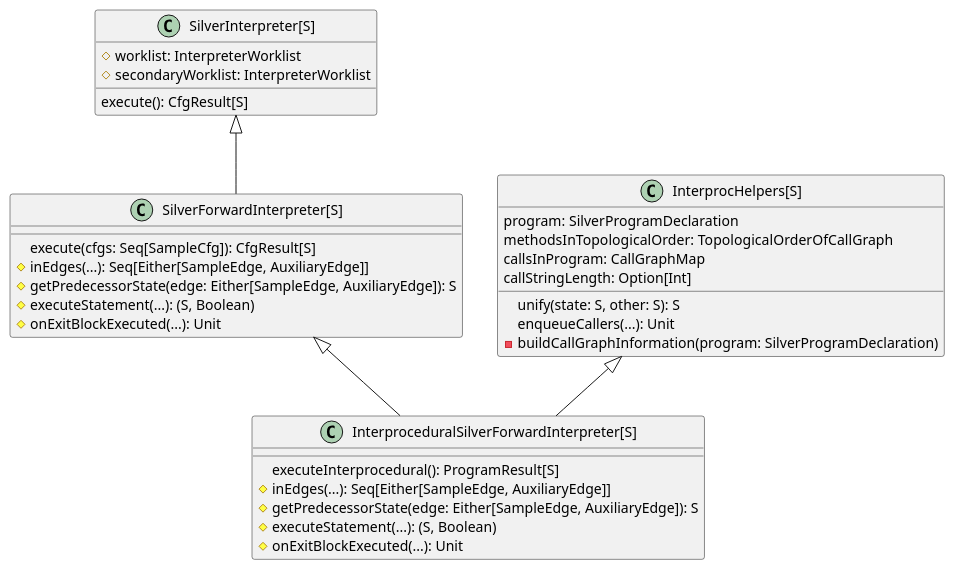
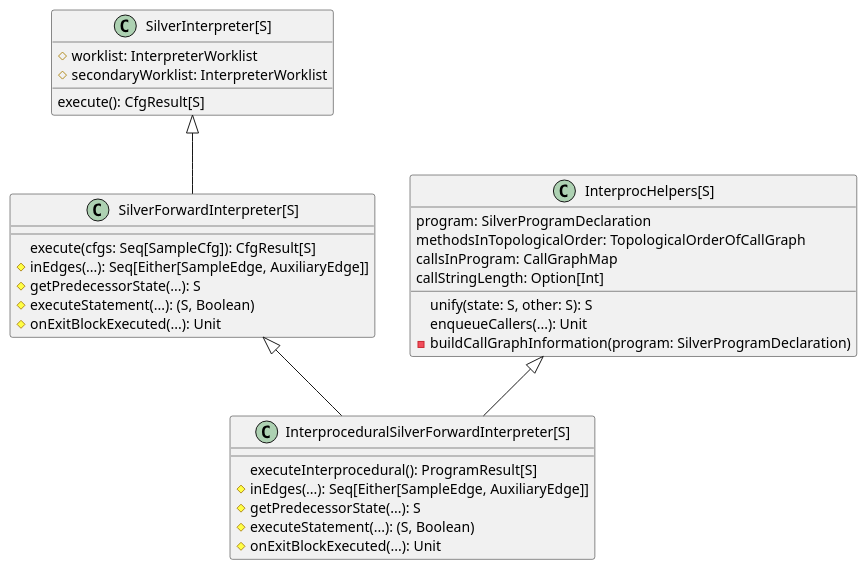
The diagram in Diagrams/Interpreters.pu (viperproject/sample), drawn with PlantUML before and after one commit.

Commit message:
diagrams

```diff
--- a/Diagrams/Interpreters.pu
+++ b/Diagrams/Interpreters.pu
@@ -1,34 +1,34 @@
 @startuml
 
 "SilverInterpreter[S]" <|-- "SilverForwardInterpreter[S]"
 
 "SilverInterpreter[S]" : #worklist: InterpreterWorklist
 "SilverInterpreter[S]" : #secondaryWorklist: InterpreterWorklist
 "SilverInterpreter[S]" : execute(): CfgResult[S]
 
 "SilverForwardInterpreter[S]" <|-- "InterproceduralSilverForwardInterpreter[S]"
 "SilverForwardInterpreter[S]" : execute(cfgs: Seq[SampleCfg]): CfgResult[S]
 "SilverForwardInterpreter[S]" : #inEdges(...): Seq[Either[SampleEdge, AuxiliaryEdge]]
-"SilverForwardInterpreter[S]" : #getPredecessorState(edge: Either[SampleEdge, AuxiliaryEdge]): S
+"SilverForwardInterpreter[S]" : #getPredecessorState(...): S
 "SilverForwardInterpreter[S]" : #executeStatement(...): (S, Boolean)
 "SilverForwardInterpreter[S]" : #onExitBlockExecuted(...): Unit
 
 
 
 "InterprocHelpers[S]" <|-- "InterproceduralSilverForwardInterpreter[S]"
 
 "InterprocHelpers[S]" : program: SilverProgramDeclaration
 "InterprocHelpers[S]" : methodsInTopologicalOrder: TopologicalOrderOfCallGraph
 "InterprocHelpers[S]" : callsInProgram: CallGraphMap
 "InterprocHelpers[S]" : callStringLength: Option[Int]
 "InterprocHelpers[S]" : unify(state: S, other: S): S
 "InterprocHelpers[S]" : enqueueCallers(...): Unit
 "InterprocHelpers[S]" : -buildCallGraphInformation(program: SilverProgramDeclaration)
 
 "InterproceduralSilverForwardInterpreter[S]" : executeInterprocedural(): ProgramResult[S]
 "InterproceduralSilverForwardInterpreter[S]" : #inEdges(...): Seq[Either[SampleEdge, AuxiliaryEdge]]
-"InterproceduralSilverForwardInterpreter[S]" : #getPredecessorState(edge: Either[SampleEdge, AuxiliaryEdge]): S
+"InterproceduralSilverForwardInterpreter[S]" : #getPredecessorState(...): S
 "InterproceduralSilverForwardInterpreter[S]" : #executeStatement(...): (S, Boolean)
 "InterproceduralSilverForwardInterpreter[S]" : #onExitBlockExecuted(...): Unit
 
 @enduml
```
